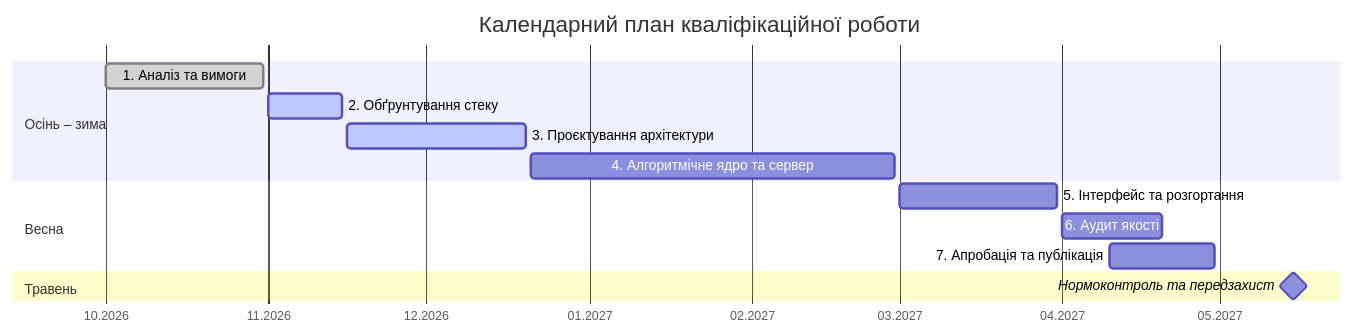
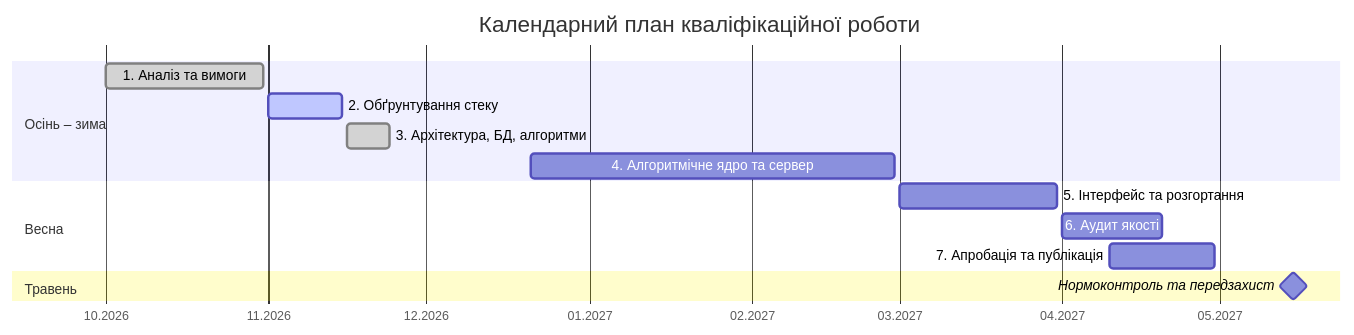
Before and after one commit to MarcoGr11/Recall: the diagram in docs/16-Календарний план.md, drawn with Mermaid. The commit also changed other lines of this file and 3 other files, not shown here.

````diff
--- a/docs/16-Календарний план.md
+++ b/docs/16-Календарний план.md
@@ -15,17 +15,17 @@
 ```mermaid
 gantt
     title Календарний план кваліфікаційної роботи
     dateFormat YYYY-MM-DD
     axisFormat %m.%Y
     section Осінь – зима
     1. Аналіз та вимоги              :done, s1, 2026-10-01, 2026-10-31
     2. Обґрунтування стеку           :active, s2, 2026-11-01, 2026-11-15
-    3. Проєктування архітектури      :active, s3, 2026-11-16, 2026-12-20
+    3. Архітектура, БД, алгоритми    :done, s3, 2026-11-16, 2026-11-24
     4. Алгоритмічне ядро та сервер   :s4, 2026-12-21, 2027-02-28
     section Весна
     5. Інтерфейс та розгортання      :s5, 2027-03-01, 2027-03-31
     6. Аудит якості                  :s6, 2027-04-01, 2027-04-20
     7. Апробація та публікація       :s7, 2027-04-10, 2027-04-30
     section Травень
     Нормоконтроль та передзахист     :milestone, 2027-05-15, 0d
 ```
````
